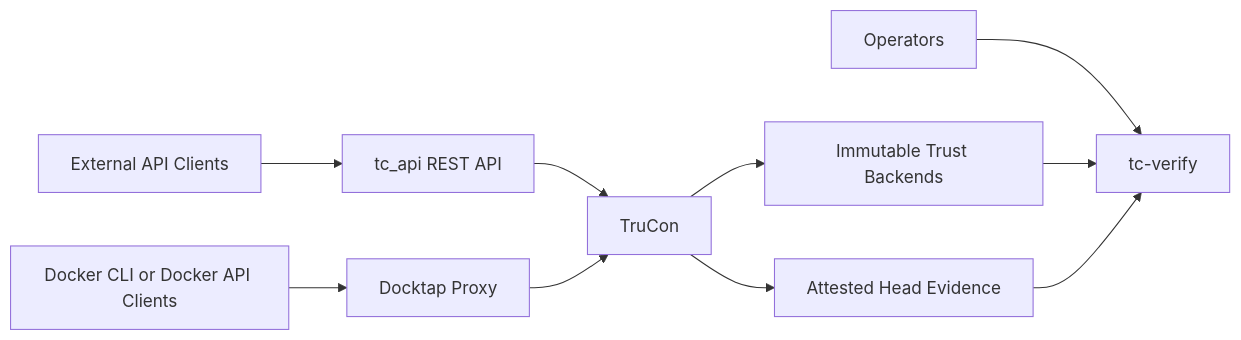
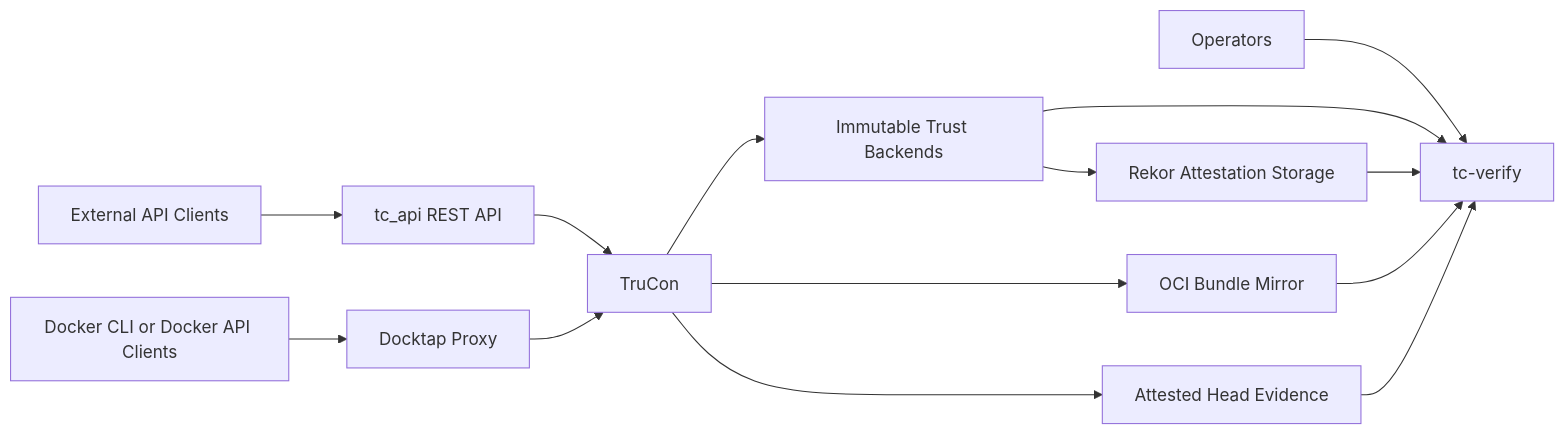
The first of 6 diagrams in docs/architecture.md (intel/confidential-computing-zoo), drawn with Mermaid before and after one commit. The commit also changed other lines of this file and 19 other files, not shown here.

Commit message:
support-intoto-attestation-storage

````diff
--- a/docs/architecture.md
+++ b/docs/architecture.md
@@ -35,13 +35,17 @@
 ```mermaid
 flowchart LR
   clients[External API Clients] --> rest[tc_api REST API]
   dockercli[Docker CLI or Docker API Clients] --> docktap[Docktap Proxy]
   rest --> trucon[TruCon]
   docktap --> trucon
   trucon --> backends[Immutable Trust Backends]
+  backends --> attstore[Rekor Attestation Storage]
+  trucon --> mirror[OCI Bundle Mirror]
 
   operators[Operators] --> tcverify[tc-verify]
   backends --> tcverify
+  attstore --> tcverify
+  mirror --> tcverify
   trucon --> evidence[Attested Head Evidence]
   evidence --> tcverify
 ```
````
